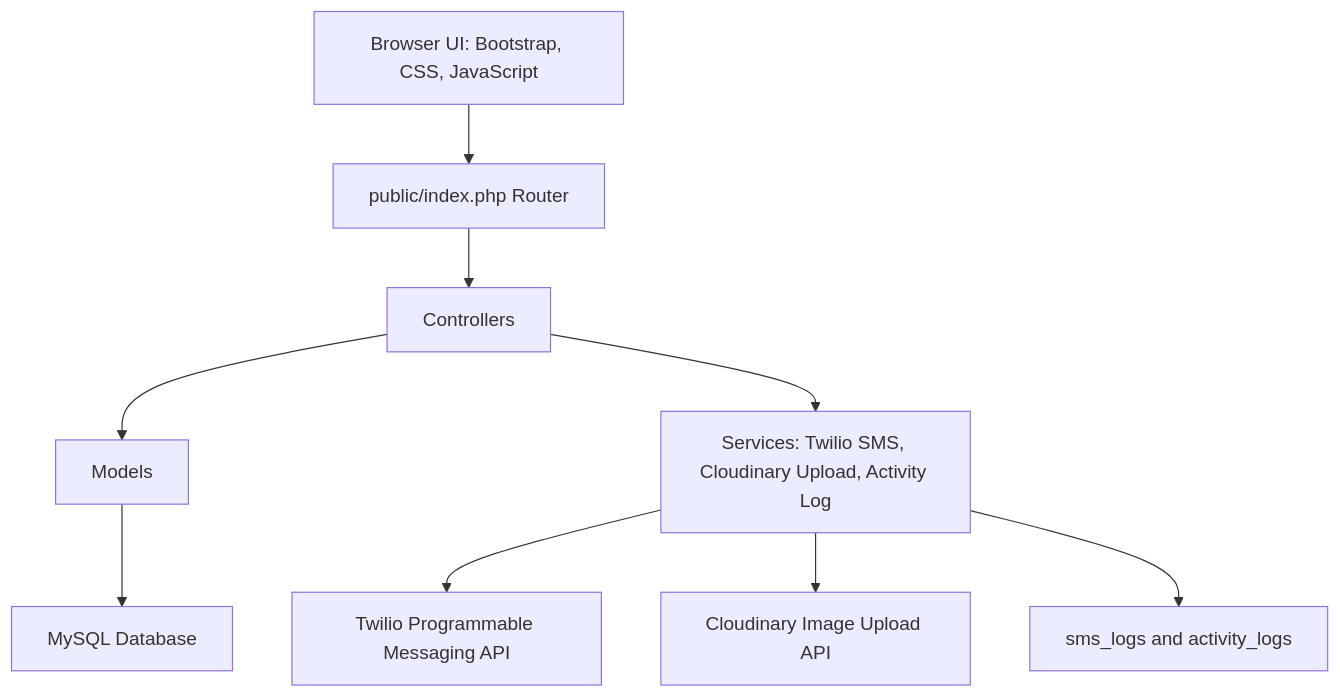
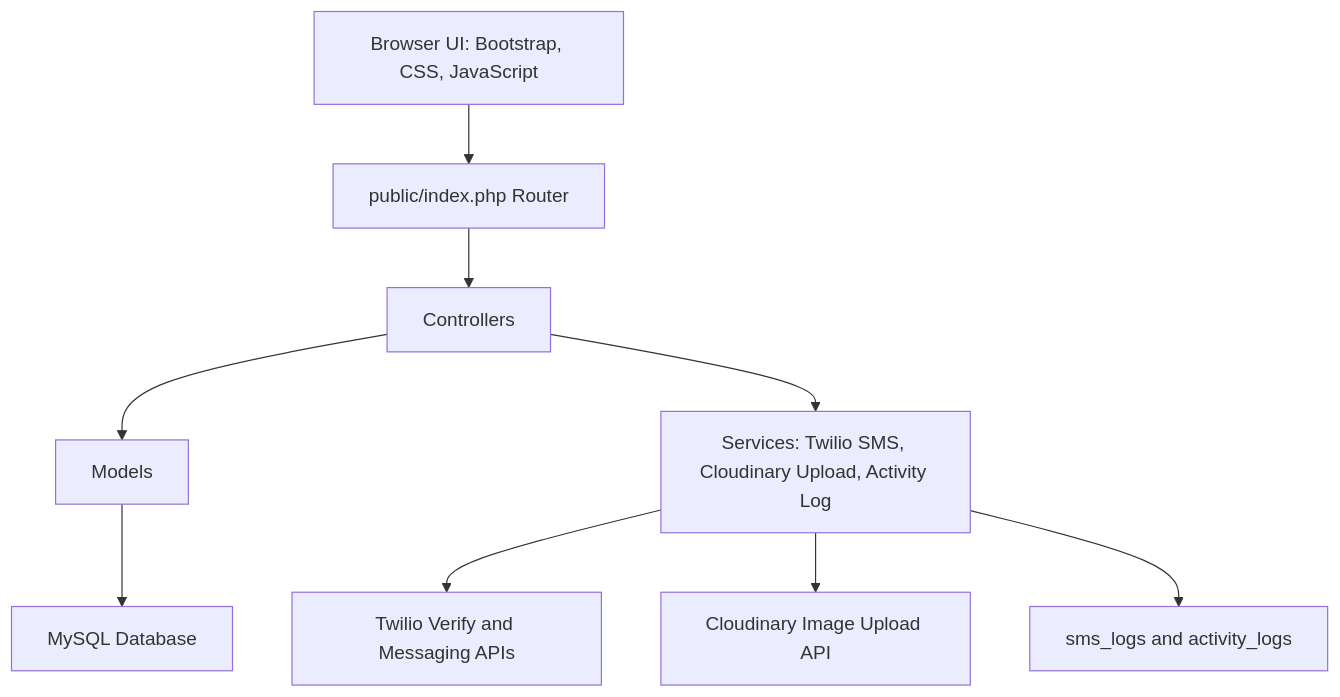
One commit to yoro-daniel/lost-found-system changed the diagram in documentation.md. Above: the diagram before and after it, drawn with Mermaid. The commit also changed 9 other files, not shown here.

Commit message:
Use Twilio Verify for login OTP

````diff
--- a/documentation.md
+++ b/documentation.md
@@ -7,11 +7,11 @@
 ```mermaid
 flowchart TD
   Browser["Browser UI: Bootstrap, CSS, JavaScript"] --> Router["public/index.php Router"]
   Router --> Controllers["Controllers"]
   Controllers --> Models["Models"]
   Controllers --> Services["Services: Twilio SMS, Cloudinary Upload, Activity Log"]
   Models --> MySQL["MySQL Database"]
-  Services --> Twilio["Twilio Programmable Messaging API"]
+  Services --> Twilio["Twilio Verify and Messaging APIs"]
   Services --> Cloudinary["Cloudinary Image Upload API"]
   Services --> Logs["sms_logs and activity_logs"]
 ```
````
